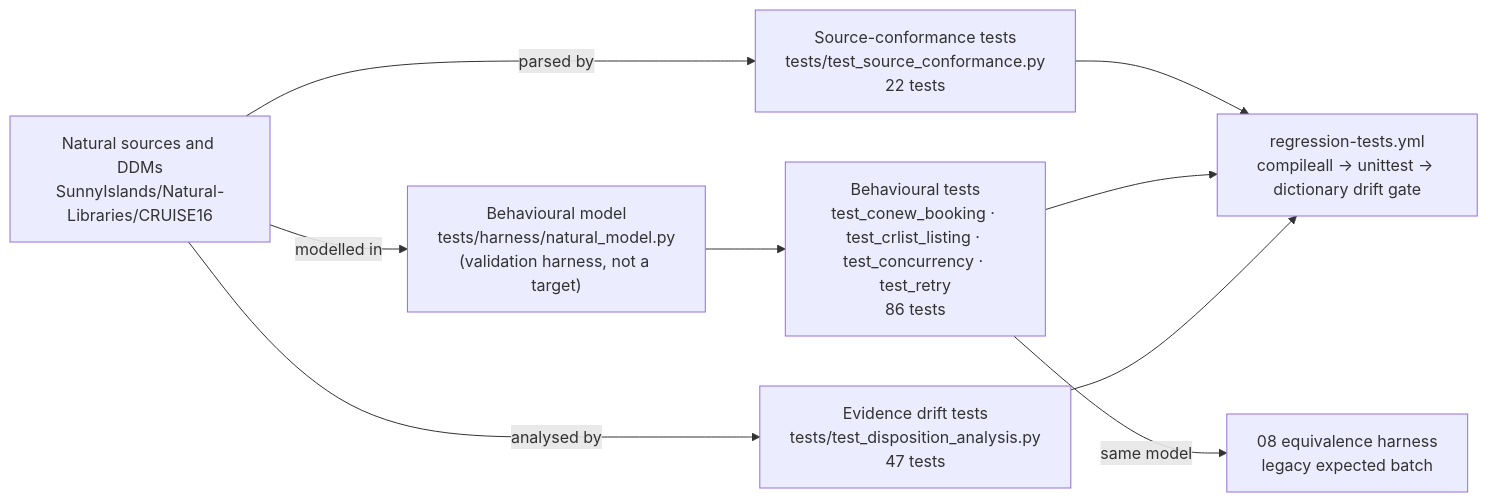
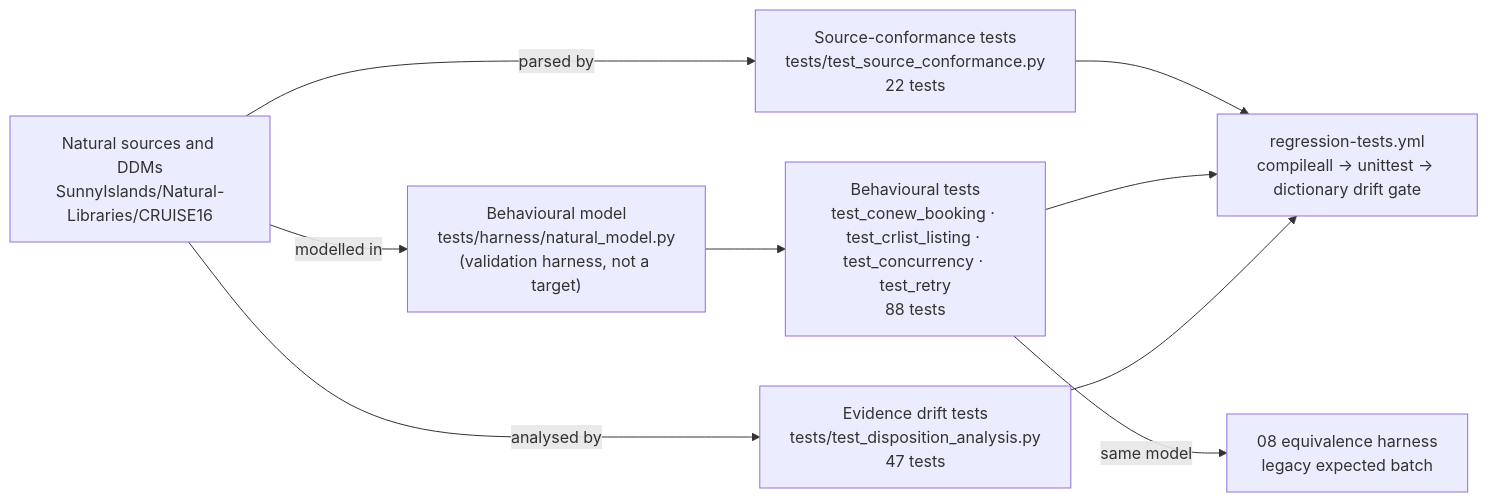
Before and after one commit to COG-GTM/ADABAS-natural-for-ajax-devops-sample-application: the diagram in fpps-hcm-modernization-deliverable/09-unit-test-regression-jcl-runcompare/test-generation-approach.md, drawn with Mermaid. The commit also changed other lines of this file and 7 other files, not shown here.

````diff
--- a/fpps-hcm-modernization-deliverable/09-unit-test-regression-jcl-runcompare/test-generation-approach.md
+++ b/fpps-hcm-modernization-deliverable/09-unit-test-regression-jcl-runcompare/test-generation-approach.md
@@ -35,9 +35,9 @@
 ```mermaid
 flowchart LR
     SRC["Natural sources and DDMs<br/>SunnyIslands/Natural-Libraries/CRUISE16"] -->|"parsed by"| CONF["Source-conformance tests<br/>tests/test_source_conformance.py<br/>22 tests"]
     SRC -->|"modelled in"| MODEL["Behavioural model<br/>tests/harness/natural_model.py<br/>(validation harness, not a target)"]
-    MODEL --> BEH["Behavioural tests<br/>test_conew_booking · test_crlist_listing · test_concurrency · test_retry<br/>86 tests"]
+    MODEL --> BEH["Behavioural tests<br/>test_conew_booking · test_crlist_listing · test_concurrency · test_retry<br/>88 tests"]
     SRC -->|"analysed by"| DISP["Evidence drift tests<br/>tests/test_disposition_analysis.py<br/>47 tests"]
     CONF & BEH & DISP --> CI["regression-tests.yml<br/>compileall → unittest → dictionary drift gate"]
     BEH -->|"same model"| EQ["08 equivalence harness<br/>legacy expected batch"]
 ```
````
